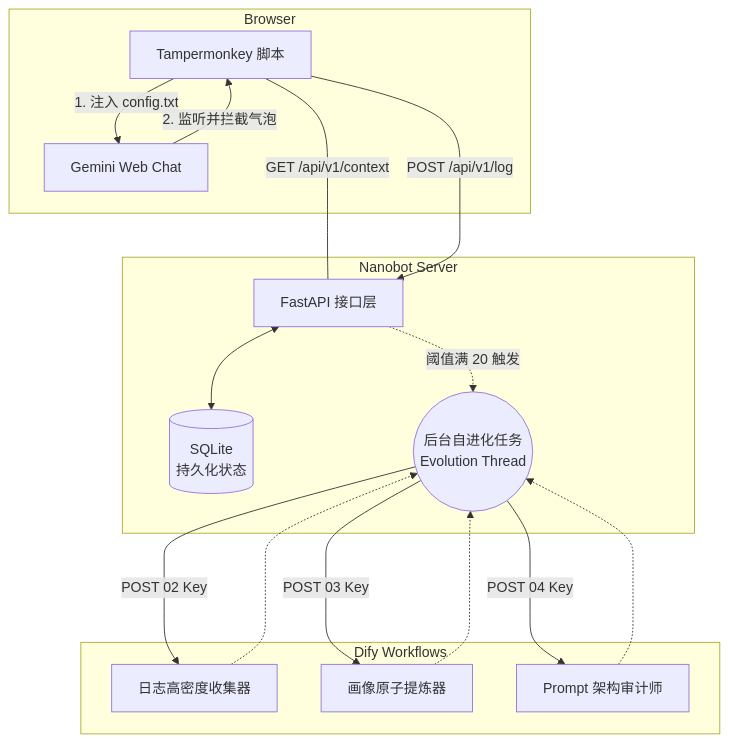
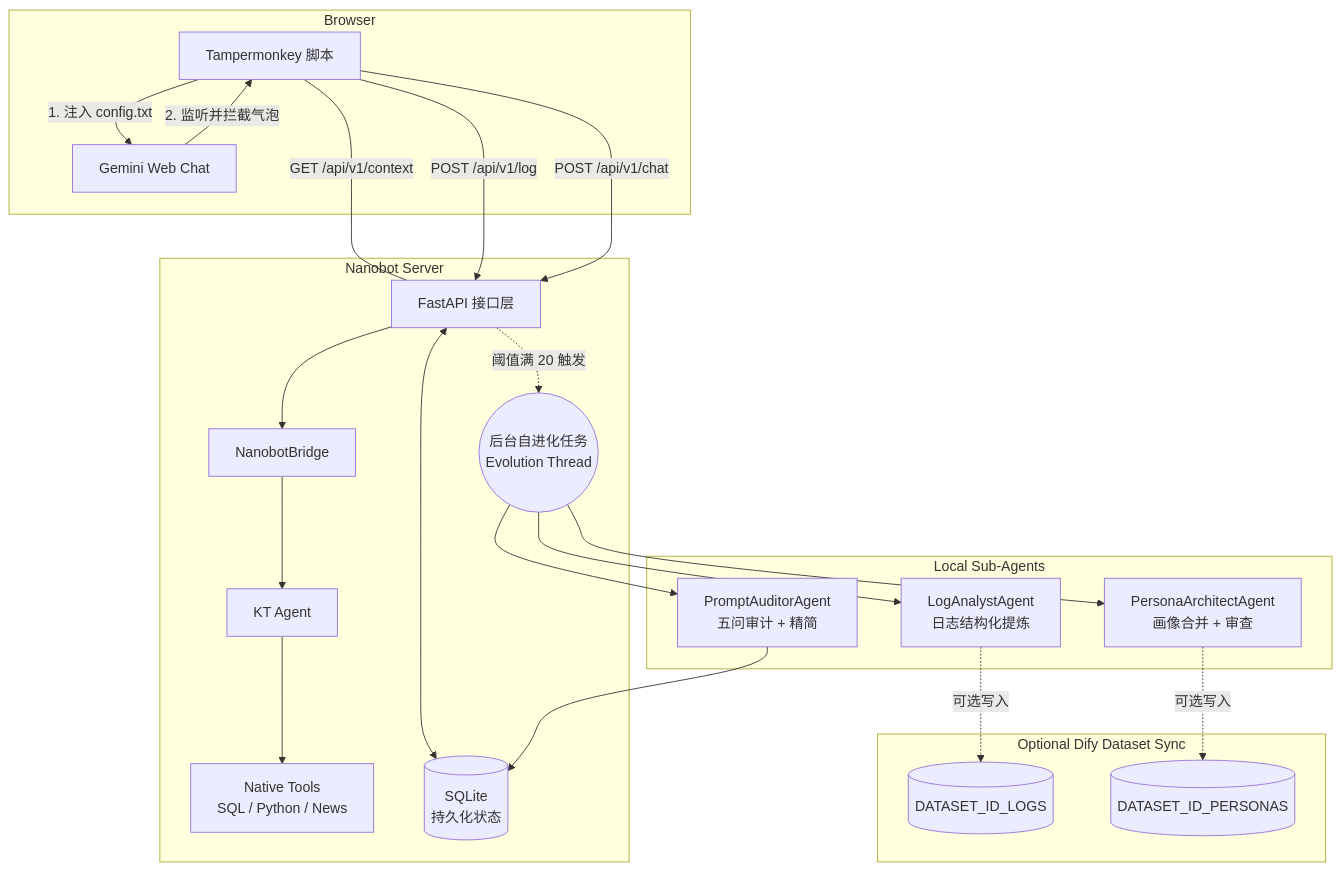
One commit to dascard/nanobot changed the diagram in README.md. Above: the diagram before and after it, drawn with Mermaid. The commit also changed other lines of this file and 52 other files, not shown here.

````diff
--- a/README.md
+++ b/README.md
@@ -7,24 +7,31 @@
 ```mermaid
 graph TD
     subgraph Frontend [Browser]
         A[Tampermonkey 脚本] -->|1. 注入 config.txt| B[Gemini Web Chat]
         B -->|2. 监听并拦截气泡| A
     end
 
     subgraph Backend [Nanobot Server]
         A <---|GET /api/v1/context| C[FastAPI 接口层]
         A --->|POST /api/v1/log| C
+        A --->|POST /api/v1/chat| C
+        C --> K[NanobotBridge]
+        K --> L[KT Agent]
+        L --> M[Native Tools\nSQL / Python / News]
         C <--> D[(SQLite\n持久化状态)]
         
         C -.->|阈值满 20 触发| E((后台自进化任务\nEvolution Thread))
     end
 
-    subgraph Dify Engine [Dify Workflows]
-        E --->|POST 02 Key| F[日志高密度收集器]
-        E --->|POST 03 Key| G[画像原子提炼器]
-        E --->|POST 04 Key| H[Prompt 架构审计师]
-        F -.-> E
-        G -.-> E
-        H -.-> E
+    subgraph Evolution Pipeline [Local Sub-Agents]
+        E --> F[LogAnalystAgent\n日志结构化提炼]
+        E --> G[PersonaArchitectAgent\n画像合并 + 审查]
+        E --> H[PromptAuditorAgent\n五问审计 + 精简]
+        H --> D
+    end
+
+    subgraph OptionalSync [Optional Dify Dataset Sync]
+        F -.->|可选写入| I[(DATASET_ID_LOGS)]
+        G -.->|可选写入| J[(DATASET_ID_PERSONAS)]
     end
 ```
````
